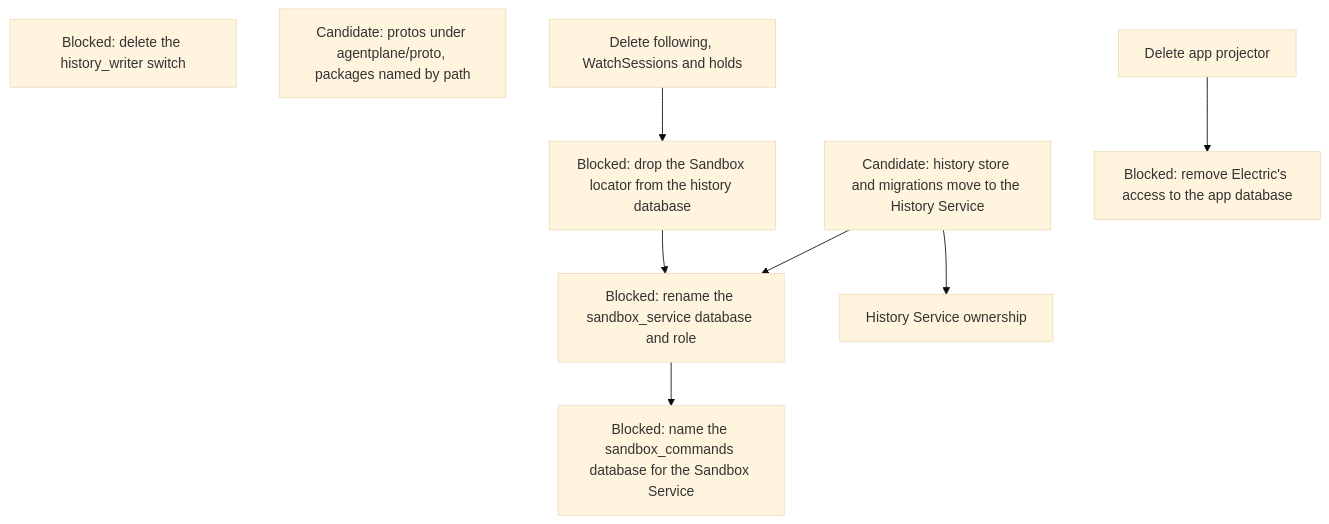
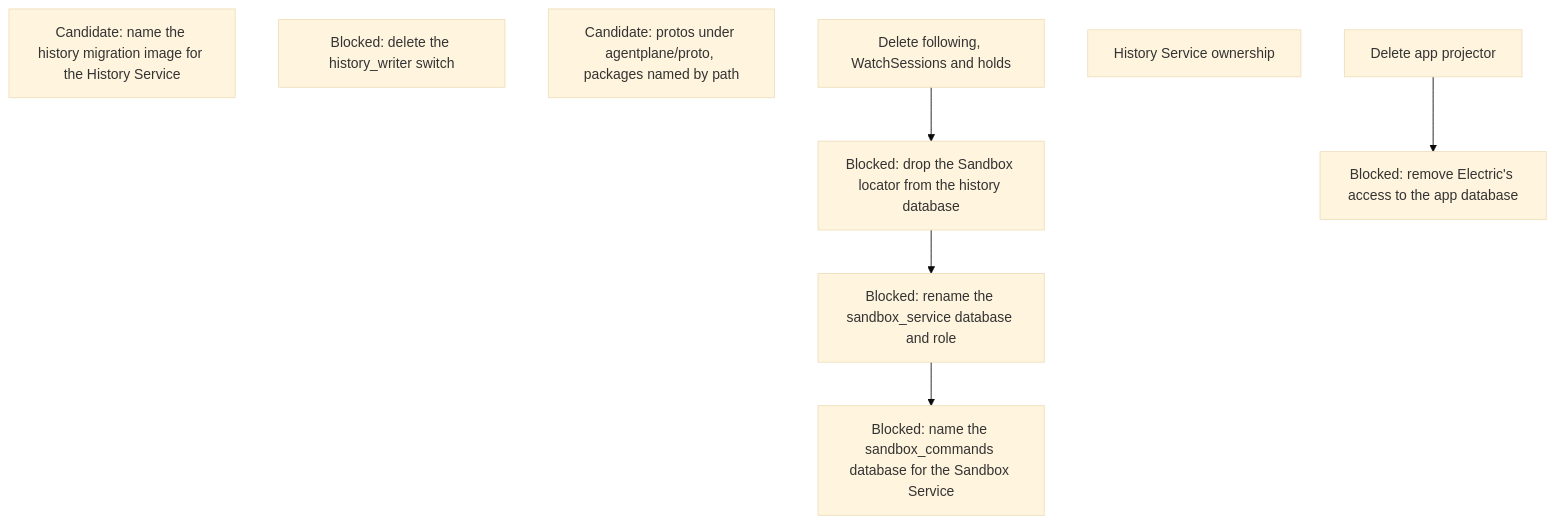
The tenth of 12 diagrams in agentplane/plans/task_dag.md (agentydragon-agent/ducktape), drawn with Mermaid (base theme) before and after one commit. The commit also changed other lines of this file and 64 other files, not shown here.

First line of the commit message:
agentplane: move the history store into the History Service (#9918)

````diff
--- a/agentplane/plans/task_dag.md
+++ b/agentplane/plans/task_dag.md
@@ -750,18 +750,16 @@
 ```mermaid
 flowchart TD
     HISTORY_SANDBOX_LOCATOR_DROP[Blocked: drop the Sandbox locator from the history database]
-    HISTORY_STORE_MOVE[Candidate: history store and migrations move to the History Service]
+    HISTORY_MIGRATE_IMAGE_RENAME[Candidate: name the history migration image for the History Service]
     HISTORY_WRITER_SWITCH_RETIRE[Blocked: delete the history_writer switch]
     HISTORY_DATABASE_RENAME[Blocked: rename the sandbox_service database and role]
     SANDBOX_DATABASE_RENAME[Blocked: name the sandbox_commands database for the Sandbox Service]
     APP_ELECTRIC_RETIRE[Blocked: remove Electric's access to the app database]
     PROTO_DIRECTORY[Candidate: protos under agentplane/proto, packages named by path]
     APP_PROJECTOR_RETIRE[Delete app projector]
     HISTORY_SERVICE_OWNERSHIP[History Service ownership]
-    HISTORY_STORE_MOVE --> HISTORY_SERVICE_OWNERSHIP
-    HISTORY_STORE_MOVE --> HISTORY_DATABASE_RENAME
     FOLLOW_PATH_RETIRE[Delete following, WatchSessions and holds] --> HISTORY_SANDBOX_LOCATOR_DROP
     HISTORY_SANDBOX_LOCATOR_DROP --> HISTORY_DATABASE_RENAME
     HISTORY_DATABASE_RENAME --> SANDBOX_DATABASE_RENAME
     APP_PROJECTOR_RETIRE --> APP_ELECTRIC_RETIRE
 ```
````
